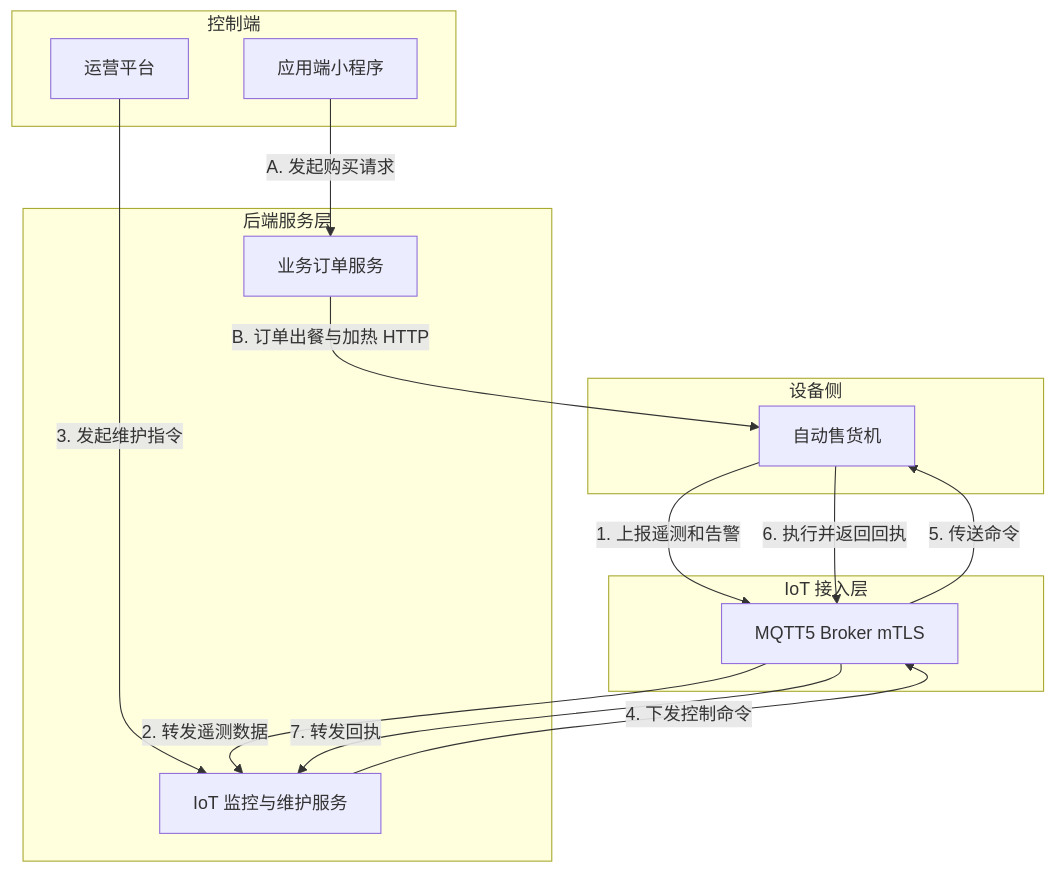
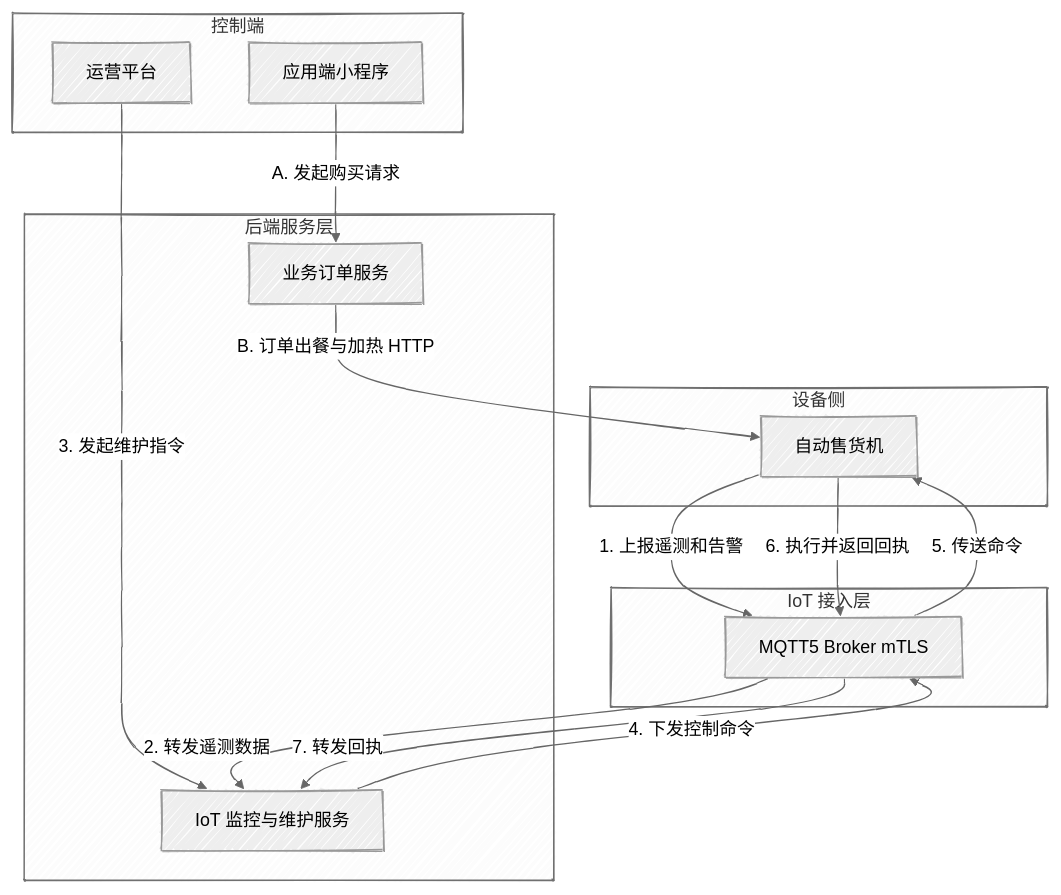
Before and after one commit to woailuoisme/astro-startligh-docs-: the diagram in src/content/docs/mqtt5/index.mdx, drawn with Mermaid. The commit also changed other lines of this file and 16 other files, not shown here.

````diff
--- a/src/content/docs/mqtt5/index.mdx
+++ b/src/content/docs/mqtt5/index.mdx
@@ -17,34 +17,39 @@
 ```mermaid
+---
+config:
+  look: handDrawn
+  theme: neutral
+---
 graph TD
     subgraph DeviceSide[设备侧]
         Machine[自动售货机]
     end
 
     subgraph IoTLayer[IoT 接入层]
         Broker[MQTT5 Broker mTLS]
     end
 
     subgraph BackendLayer[后端服务层]
         IoTService[IoT 监控与维护服务]
         OrderService[业务订单服务]
     end
 
     subgraph ControlSide[控制端]
         Console[运营平台]
         UserApp[应用端小程序]
     end
 
     %% 数据流
     Machine -->|1. 上报遥测和告警| Broker
     Broker -->|2. 转发遥测数据| IoTService
     
     Console -->|3. 发起维护指令| IoTService
     IoTService -->|4. 下发控制命令| Broker
     Broker -->|5. 传送命令| Machine
     Machine -->|6. 执行并返回回执| Broker
     Broker -->|7. 转发回执| IoTService
     
     %% 订单与支付边界
     UserApp -->|A. 发起购买请求| OrderService
     OrderService -->|B. 订单出餐与加热 HTTP| Machine
 ```
````
